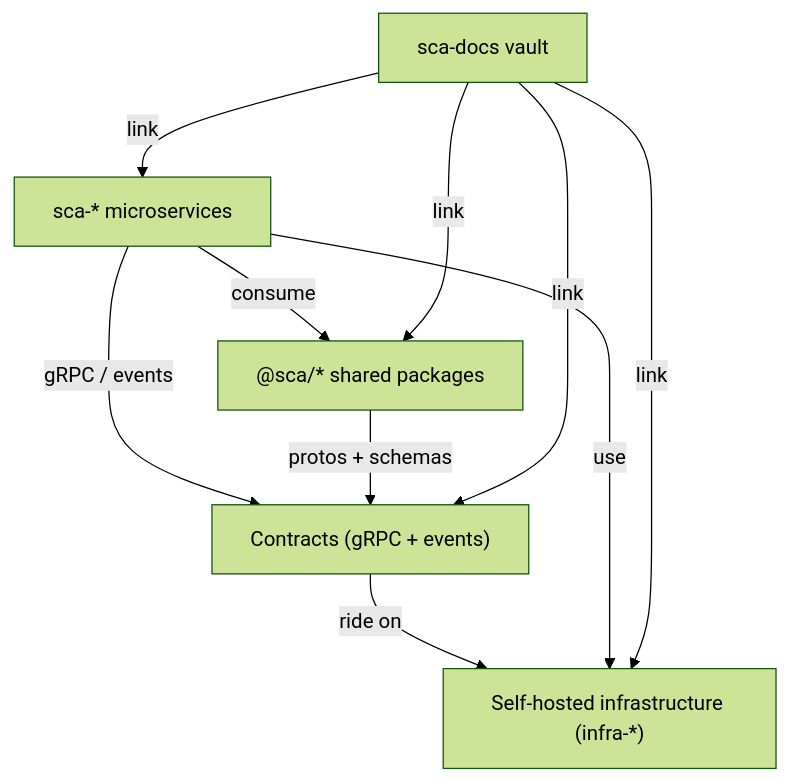
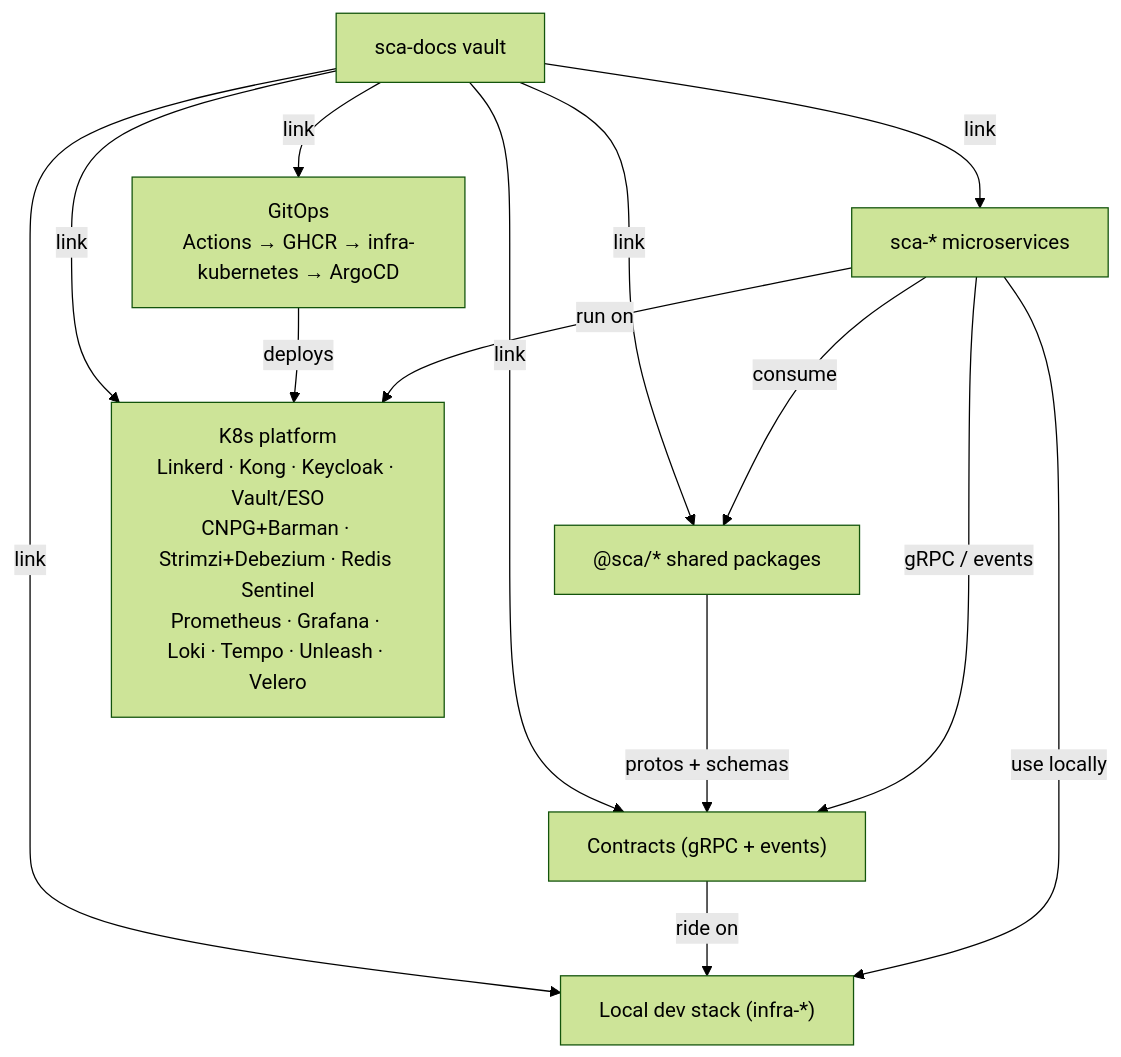
Before and after one commit to sca-templates/sca-docs: the diagram in 00-ecosystem/ecosystem-overview.md, drawn with Mermaid (forest theme). The commit also changed other lines of this file and 21 other files, not shown here.

First line of the commit message:
docs(platform): add kubernetes platform context across ecosystem docs

````diff
--- a/00-ecosystem/ecosystem-overview.md
+++ b/00-ecosystem/ecosystem-overview.md
@@ -19,15 +19,19 @@
 ```mermaid
 flowchart TB
     SVC["sca-* microservices"]
     SCM["@sca/* shared packages"]
     CTR["Contracts (gRPC + events)"]
-    INF["Self-hosted infrastructure (infra-*)"]
+    INF["Local dev stack (infra-*)"]
+    PLT["K8s platform<br>Linkerd · Kong · Keycloak · Vault/ESO<br>CNPG+Barman · Strimzi+Debezium · Redis Sentinel<br>Prometheus · Grafana · Loki · Tempo · Unleash · Velero"]
+    GIT["GitOps<br>Actions → GHCR → infra-kubernetes → ArgoCD"]
     DOC["sca-docs vault"]
 
     SVC -- "gRPC / events" --> CTR
     SVC -- "consume" --> SCM
     SCM -- "protos + schemas" --> CTR
+    SVC -- "use locally" --> INF
     CTR -- "ride on" --> INF
-    SVC -- "use" --> INF
-    DOC -- "link" --> SVC & SCM & CTR & INF
+    SVC -- "run on" --> PLT
+    GIT -- "deploys" --> PLT
+    DOC -- "link" --> SVC & SCM & CTR & INF & PLT & GIT
 ```
````
